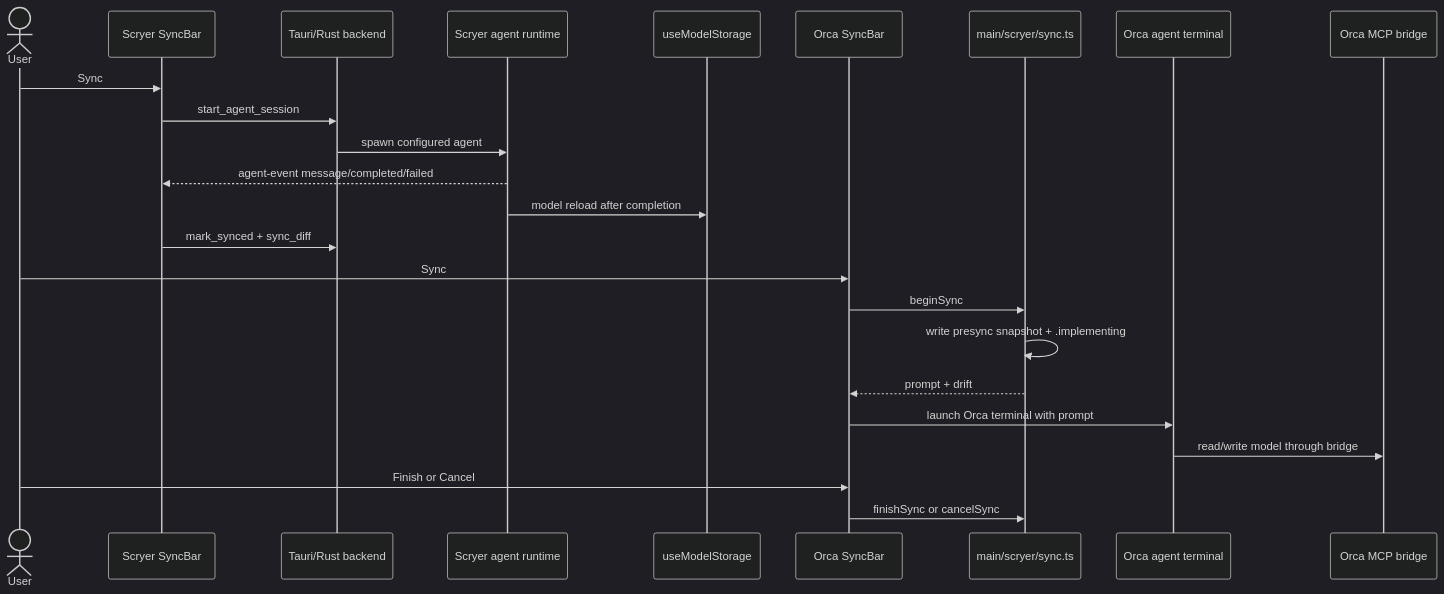
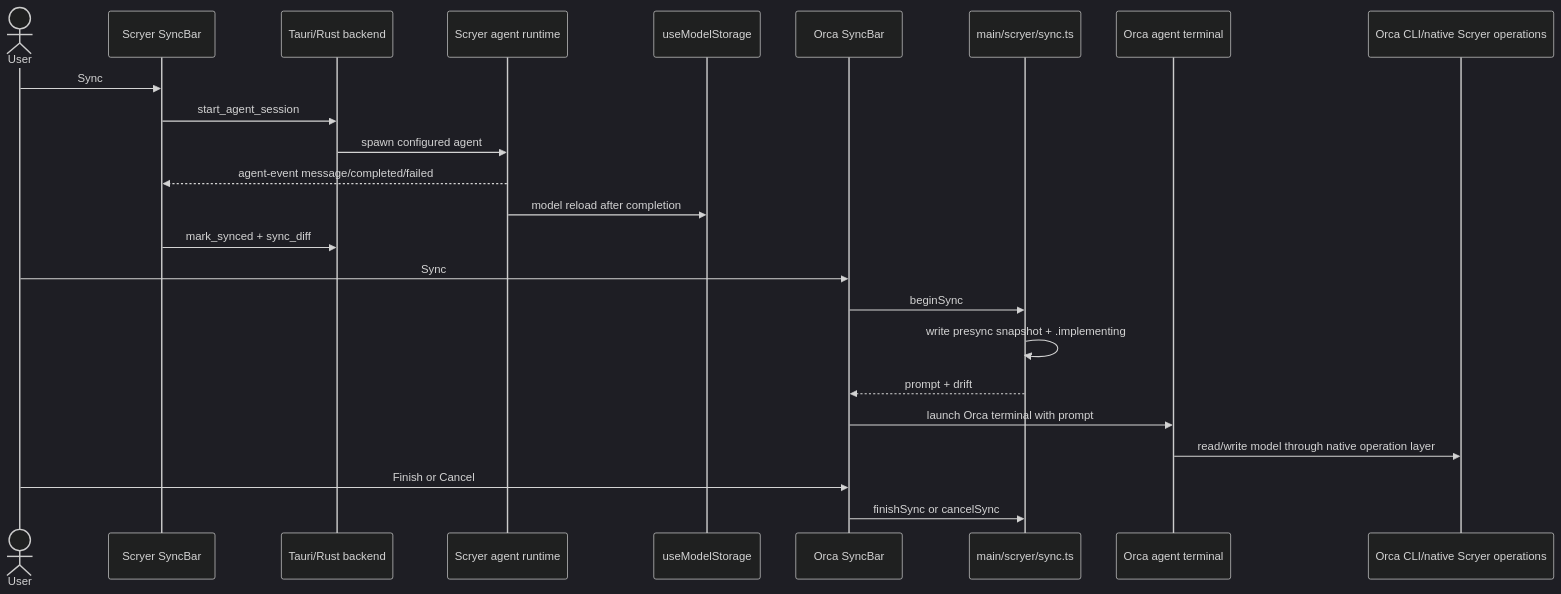
Before and after one commit to Nikolatesla-lj/orca: the sixth of 7 diagrams in docs/orca-scryer-uml-gap-analysis.md, drawn with Mermaid (dark theme). The commit also changed other lines of this file and 10 other files, not shown here.

````diff
--- a/docs/orca-scryer-uml-gap-analysis.md
+++ b/docs/orca-scryer-uml-gap-analysis.md
@@ -182,28 +214,28 @@
 ```mermaid
 sequenceDiagram
   actor User
   participant SSync as Scryer SyncBar
   participant SBack as Tauri/Rust backend
   participant SAgent as Scryer agent runtime
   participant SMS as useModelStorage
   participant OSync as Orca SyncBar
   participant OMain as main/scryer/sync.ts
   participant OAgent as Orca agent terminal
-  participant OTools as Orca MCP bridge
+  participant OTools as Orca CLI/native Scryer operations
 
   User->>SSync: Sync
   SSync->>SBack: start_agent_session
   SBack->>SAgent: spawn configured agent
   SAgent-->>SSync: agent-event message/completed/failed
   SAgent->>SMS: model reload after completion
   SSync->>SBack: mark_synced + sync_diff
 
   User->>OSync: Sync
   OSync->>OMain: beginSync
   OMain->>OMain: write presync snapshot + .implementing
   OMain-->>OSync: prompt + drift
   OSync->>OAgent: launch Orca terminal with prompt
-  OAgent->>OTools: read/write model through bridge
+  OAgent->>OTools: read/write model through native operation layer
   User->>OSync: Finish or Cancel
   OSync->>OMain: finishSync or cancelSync
 ```
````
